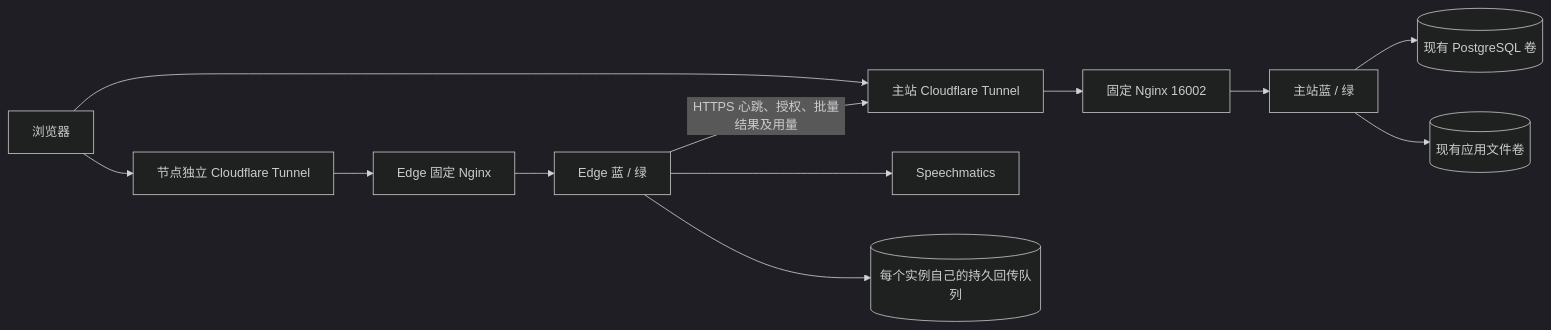
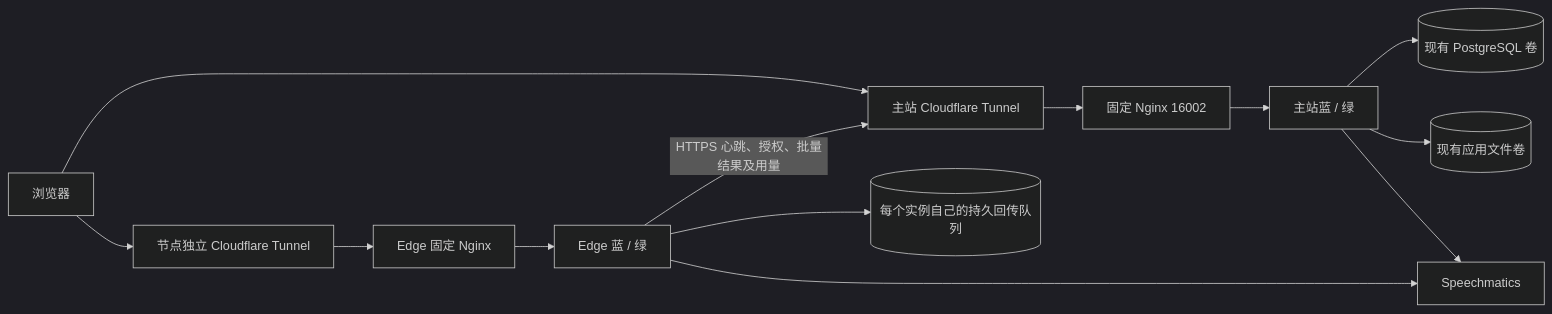
One commit to CoYumeLabs/DreamTrans changed the diagram in docs/deployment/regional-edge.md. Above: the diagram before and after it, drawn with Mermaid (dark theme). The commit also changed other lines of this file and 28 other files, not shown here.

````diff
--- a/docs/deployment/regional-edge.md
+++ b/docs/deployment/regional-edge.md
@@ -7,14 +7,15 @@
 ```mermaid
 flowchart LR
   Browser[浏览器] --> MainCF[主站 Cloudflare Tunnel]
   MainCF --> MainProxy[固定 Nginx 16002]
   MainProxy --> Main[主站蓝 / 绿]
   Main --> PG[(现有 PostgreSQL 卷)]
   Main --> Files[(现有应用文件卷)]
+  Main --> Provider
   Browser --> EdgeCF[节点独立 Cloudflare Tunnel]
   EdgeCF --> EdgeProxy[Edge 固定 Nginx]
   EdgeProxy --> Edge[Edge 蓝 / 绿]
   Edge --> Provider[Speechmatics]
   Edge -->|HTTPS 心跳、授权、批量结果及用量| MainCF
   Edge --> Spool[(每个实例自己的持久回传队列)]
 ```
````
